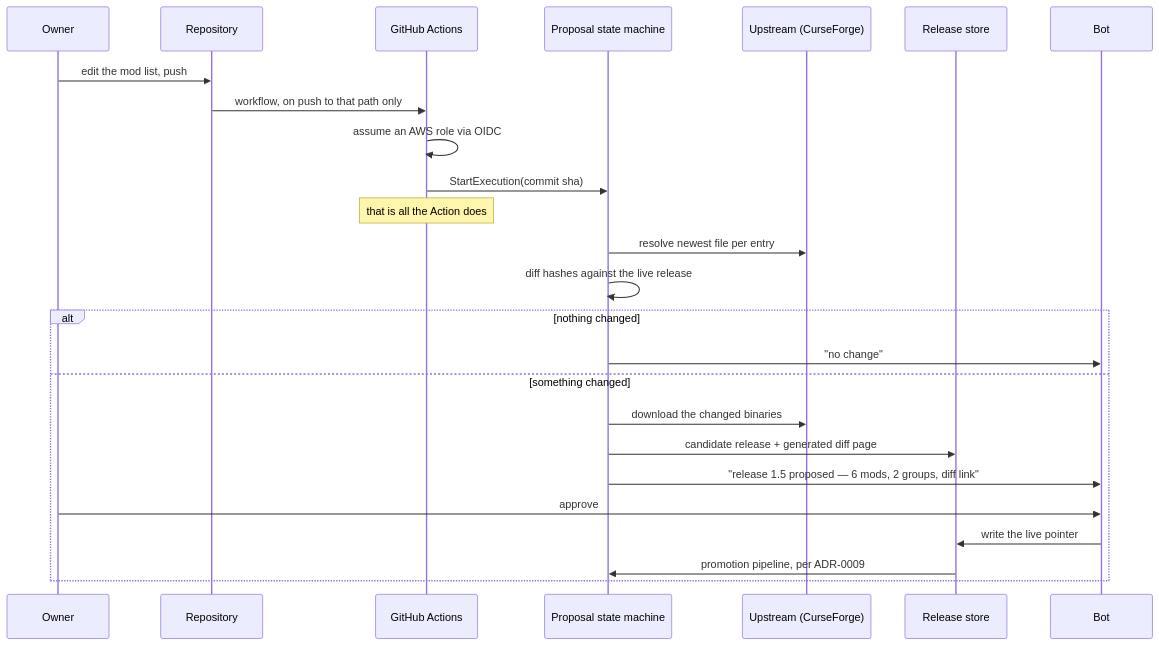
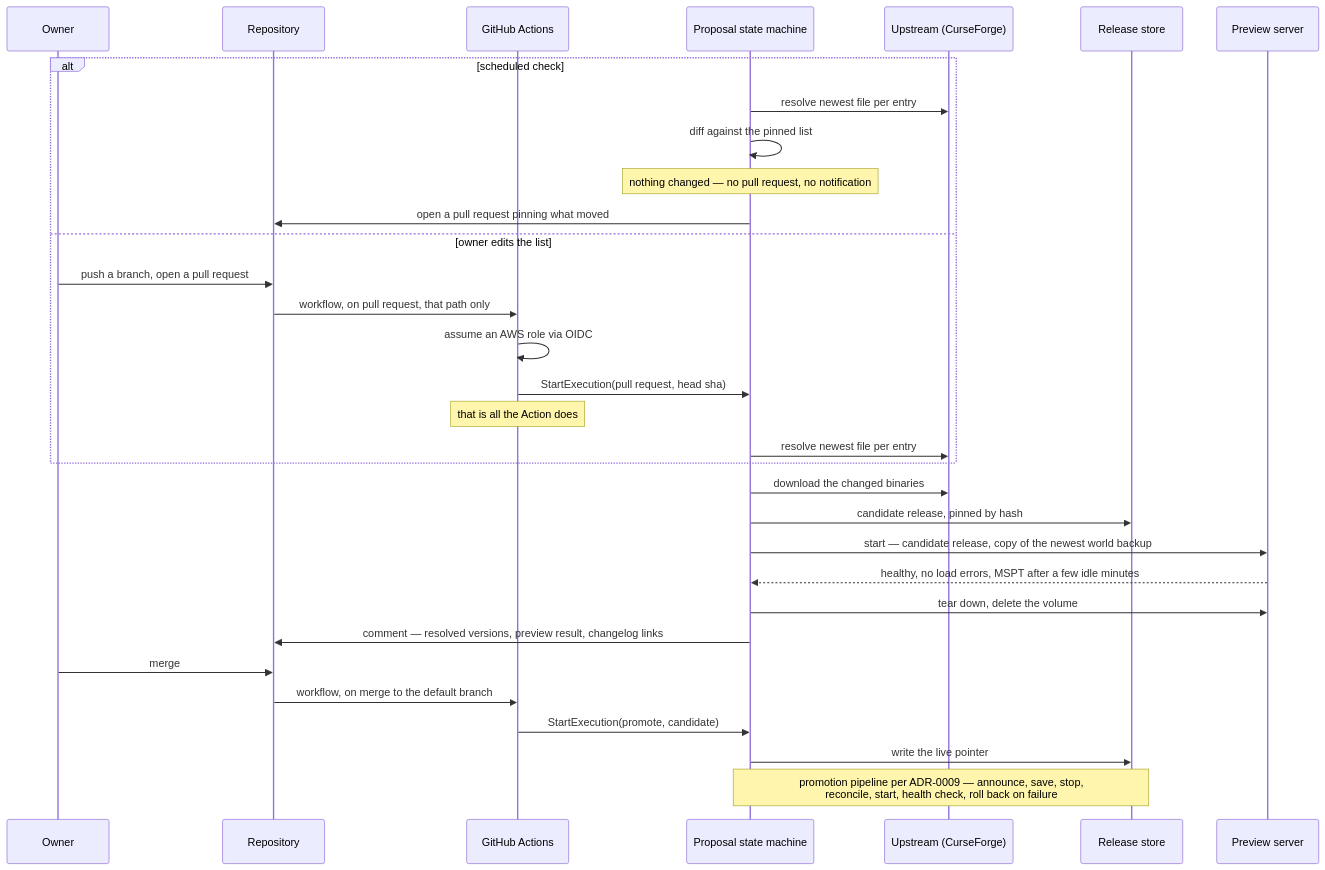
Before and after one commit to DrArzter/spawnpoint: the diagram in docs/adr/0028-update-proposals.md, drawn with Mermaid. The commit also changed other lines of this file and 19 other files, not shown here.

````diff
--- a/docs/adr/0028-update-proposals.md
+++ b/docs/adr/0028-update-proposals.md
@@ -98,29 +101,37 @@
 ```mermaid
 sequenceDiagram
     participant O as Owner
     participant G as Repository
     participant A as GitHub Actions
     participant SM as Proposal state machine
     participant U as Upstream (CurseForge)
     participant S3 as Release store
-    participant B as Bot
+    participant P as Preview server
 
-    O->>G: edit the mod list, push
-    G->>A: workflow, on push to that path only
-    A->>A: assume an AWS role via OIDC
-    A->>SM: StartExecution(commit sha)
-    Note over A: that is all the Action does
+    alt scheduled check
+        SM->>U: resolve newest file per entry
+        SM->>SM: diff against the pinned list
+        Note over SM: nothing changed — no pull request, no notification
+        SM->>G: open a pull request pinning what moved
+    else owner edits the list
+        O->>G: push a branch, open a pull request
+        G->>A: workflow, on pull request, that path only
+        A->>A: assume an AWS role via OIDC
+        A->>SM: StartExecution(pull request, head sha)
+        Note over A: that is all the Action does
+        SM->>U: resolve newest file per entry
+    end
 
-    SM->>U: resolve newest file per entry
-    SM->>SM: diff hashes against the live release
-    alt nothing changed
-        SM->>B: "no change"
-    else something changed
-        SM->>U: download the changed binaries
-        SM->>S3: candidate release + generated diff page
-        SM->>B: "release 1.5 proposed — 6 mods, 2 groups, diff link"
-        O->>B: approve
-        B->>S3: write the live pointer
-        S3->>SM: promotion pipeline, per ADR-0009
-    end
+    SM->>U: download the changed binaries
+    SM->>S3: candidate release, pinned by hash
+    SM->>P: start — candidate release, copy of the newest world backup
+    P-->>SM: healthy, no load errors, MSPT after a few idle minutes
+    SM->>P: tear down, delete the volume
+    SM->>G: comment — resolved versions, preview result, changelog links
+
+    O->>G: merge
+    G->>A: workflow, on merge to the default branch
+    A->>SM: StartExecution(promote, candidate)
+    SM->>S3: write the live pointer
+    Note over SM,S3: promotion pipeline per ADR-0009 — announce, save, stop,<br/>reconcile, start, health check, roll back on failure
 ```
````
